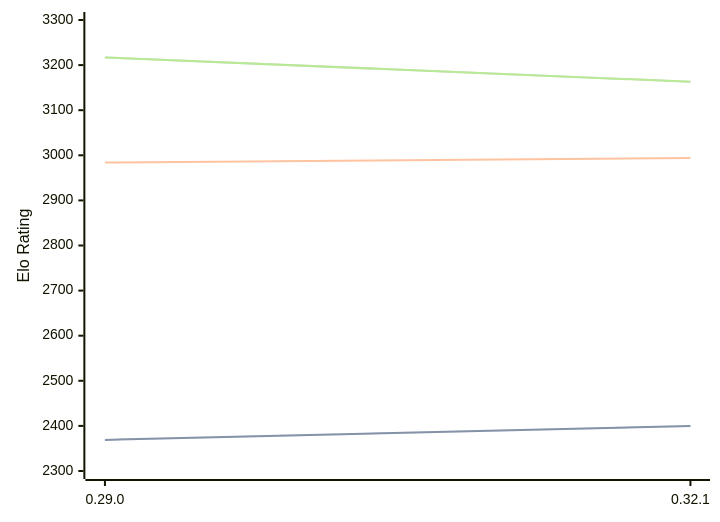
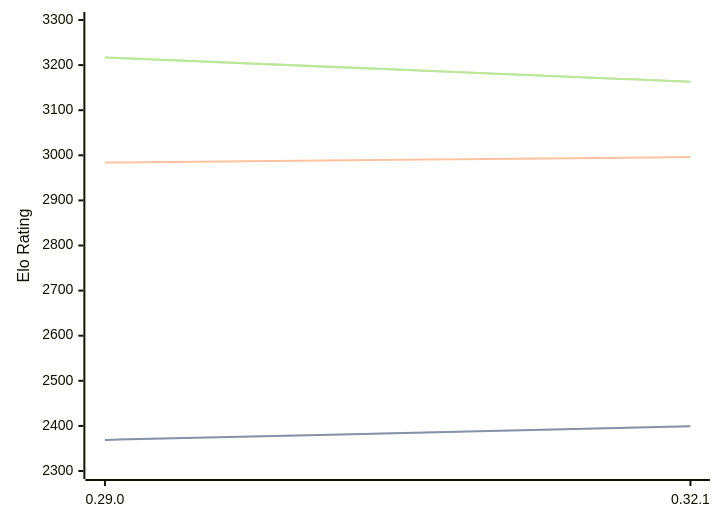
Before and after one commit to computer-chess-index/cci: the first of 3 diagrams in engines/Lc0.md, drawn with Mermaid. The commit also changed other lines of this file, not shown here.

````diff
--- a/engines/Lc0.md
+++ b/engines/Lc0.md
@@ -68,11 +68,11 @@
 ```mermaid
 %%{init: {"theme":"base","themeVariables":{"seriesColors:['#a3a3a3','#222221','#faa371']}}}%%
 xychart-beta
   x-axis ["0.29.0", "0.32.1"]
   y-axis "Elo Rating" 2300 --> 3300
-  line "STC (8.0+0.08s)" [2369, 2400]
-  line "STC (8.0+0.08s)" [2369, 2400]
-  line "LTC (60.0+0.60s)" [2984, 2994]
+  line "STC (8.0+0.08s)" [2369, 2399]
+  line "STC (8.0+0.08s)" [2369, 2399]
+  line "LTC (60.0+0.60s)" [2984, 2996]
   line "VLTC (2m24s+1.12s)" [3217, 3163]
   line "VLTC (2m24s+1.12s)" [3217, 3163]
 ```
````
